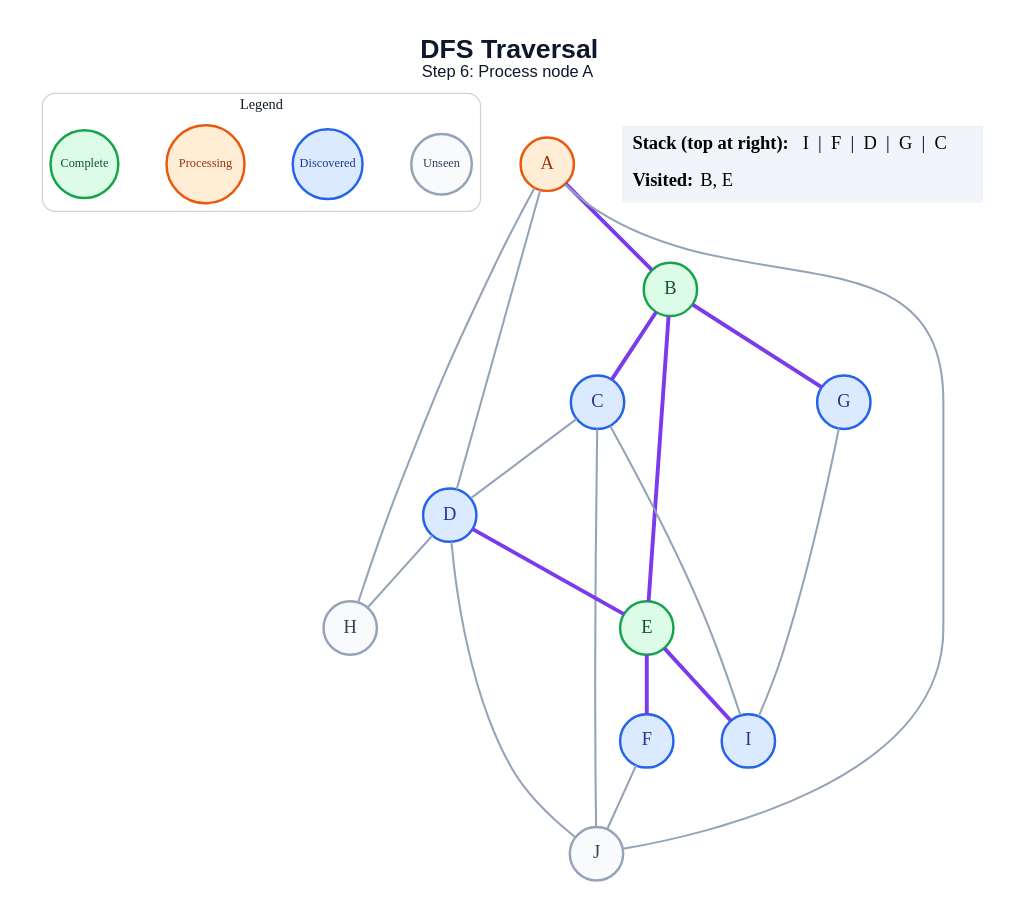
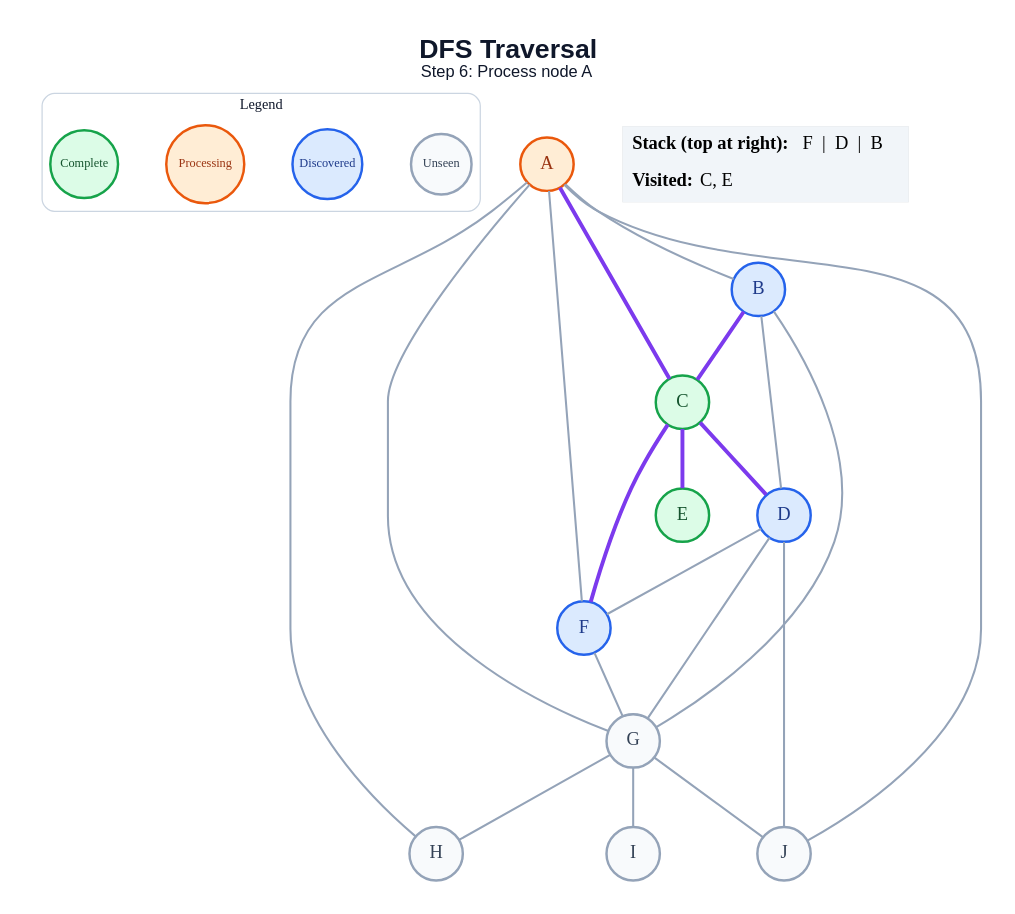
Before and after one commit to amanghodawala9/ai-slop: the diagram in generated/specific-node/dfs/step_06.dot, drawn with Graphviz. The commit also changed 178 other files, not shown here.

```diff
--- a/generated/specific-node/dfs/step_06.dot
+++ b/generated/specific-node/dfs/step_06.dot
@@ -1,46 +1,48 @@
 graph traversal {
   graph [layout=dot, rankdir=TB, bgcolor="#FFFFFF", pad="0.35", nodesep="0.65", ranksep="0.8", fontname="Arial"];
   node [shape=circle, style="filled", fontname="Arial Bold", fontsize=18, width=0.72, fixedsize=true, penwidth=2.4];
   edge [color="#94A3B8", penwidth=2.0];
   label=<<B>DFS Traversal</B><BR/><FONT POINT-SIZE="16">Step 6: Process node A</FONT>>; labelloc="t"; fontsize=26; fontname="Arial"; fontcolor="#0F172A";
   subgraph cluster_legend { label="Legend"; color="#CBD5E1"; penwidth=1.2; style="rounded"; fontsize=14; fontname="Arial Bold";
     key_unseen [label="Unseen", fillcolor="#F8FAFC", color="#94A3B8", fontcolor="#334155", fontsize=12, width=0.82];
     key_frontier [label="Discovered", fillcolor="#DBEAFE", color="#2563EB", fontcolor="#1E3A8A", fontsize=12, width=0.95];
     key_current [label="Processing", fillcolor="#FFEDD5", color="#EA580C", fontcolor="#9A3412", fontsize=12, width=1.05];
     key_done [label="Complete", fillcolor="#DCFCE7", color="#16A34A", fontcolor="#14532D", fontsize=12, width=0.92];
     { rank=same; key_unseen; key_frontier; key_current; key_done; }
   }
   A [fillcolor="#FFEDD5", color="#EA580C", fontcolor="#9A3412"];
-  B [fillcolor="#DCFCE7", color="#16A34A", fontcolor="#14532D"];
-  C [fillcolor="#DBEAFE", color="#2563EB", fontcolor="#1E3A8A"];
+  B [fillcolor="#DBEAFE", color="#2563EB", fontcolor="#1E3A8A"];
+  C [fillcolor="#DCFCE7", color="#16A34A", fontcolor="#14532D"];
   D [fillcolor="#DBEAFE", color="#2563EB", fontcolor="#1E3A8A"];
   E [fillcolor="#DCFCE7", color="#16A34A", fontcolor="#14532D"];
   F [fillcolor="#DBEAFE", color="#2563EB", fontcolor="#1E3A8A"];
-  G [fillcolor="#DBEAFE", color="#2563EB", fontcolor="#1E3A8A"];
+  G [fillcolor="#F8FAFC", color="#94A3B8", fontcolor="#334155"];
   H [fillcolor="#F8FAFC", color="#94A3B8", fontcolor="#334155"];
-  I [fillcolor="#DBEAFE", color="#2563EB", fontcolor="#1E3A8A"];
+  I [fillcolor="#F8FAFC", color="#94A3B8", fontcolor="#334155"];
   J [fillcolor="#F8FAFC", color="#94A3B8", fontcolor="#334155"];
-  A -- B [color="#7C3AED", penwidth=3.8];
-  A -- D;
+  A -- B;
+  A -- C [color="#7C3AED", penwidth=3.8];
+  A -- F;
+  A -- G;
   A -- H;
   A -- J;
   B -- C [color="#7C3AED", penwidth=3.8];
-  B -- E [color="#7C3AED", penwidth=3.8];
-  B -- G [color="#7C3AED", penwidth=3.8];
-  C -- D;
-  C -- I;
-  C -- J;
-  D -- E [color="#7C3AED", penwidth=3.8];
-  D -- H;
+  B -- D;
+  B -- G;
+  C -- D [color="#7C3AED", penwidth=3.8];
+  C -- E [color="#7C3AED", penwidth=3.8];
+  C -- F [color="#7C3AED", penwidth=3.8];
+  D -- F;
+  D -- G;
   D -- J;
-  E -- F [color="#7C3AED", penwidth=3.8];
-  E -- I [color="#7C3AED", penwidth=3.8];
-  F -- J;
+  F -- G;
+  G -- H;
   G -- I;
+  G -- J;
   status [shape=plain, fixedsize=false, width=0, height=0, margin=0, label=<
     <TABLE BORDER="0" CELLBORDER="0" CELLPADDING="7" BGCOLOR="#F1F5F9">
-      <TR><TD ALIGN="LEFT"><B>Stack (top at right):</B> I  |  F  |  D  |  G  |  C</TD></TR>
-      <TR><TD ALIGN="LEFT"><B>Visited:</B> B, E</TD></TR>
+      <TR><TD ALIGN="LEFT"><B>Stack (top at right):</B> F  |  D  |  B</TD></TR>
+      <TR><TD ALIGN="LEFT"><B>Visited:</B> C, E</TD></TR>
     </TABLE>
   >];
 }
```
